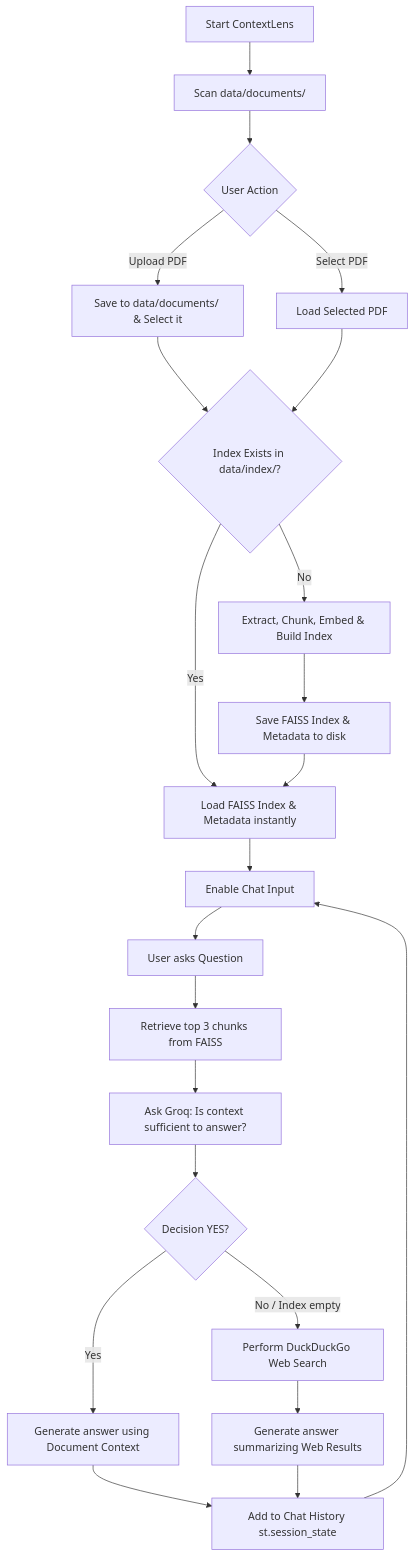
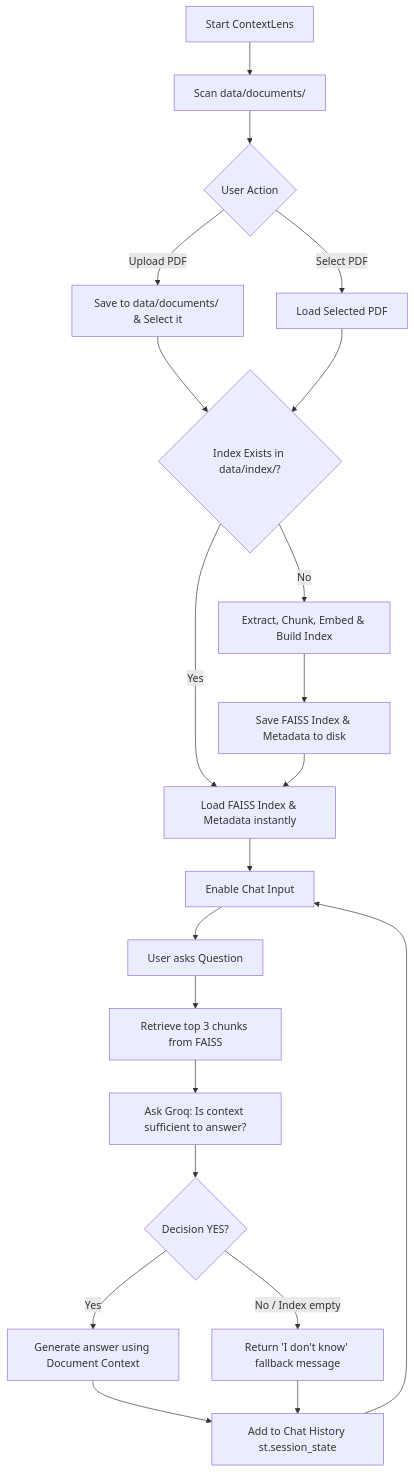
One commit to Soumalya-1/ContextLens changed the diagram in README.md. Above: the diagram before and after it, drawn with Mermaid. The commit also changed other lines of this file and 4 other files, not shown here.

Commit message:
feat: remove web search fallback

````diff
--- a/README.md
+++ b/README.md
@@ -48,24 +46,23 @@
 ```mermaid
 graph TD
     A[Start ContextLens] --> B[Scan data/documents/]
     B --> C{User Action}
     C -->|Upload PDF| D[Save to data/documents/ & Select it]
     C -->|Select PDF| E[Load Selected PDF]
     D --> F{Index Exists in data/index/?}
     E --> F
     F -->|Yes| G[Load FAISS Index & Metadata instantly]
     F -->|No| H[Extract, Chunk, Embed & Build Index]
     H --> I[Save FAISS Index & Metadata to disk]
     I --> G
     G --> J[Enable Chat Input]
     J --> K[User asks Question]
     K --> L[Retrieve top 3 chunks from FAISS]
     L --> M[Ask Groq: Is context sufficient to answer?]
     M --> N{Decision YES?}
     N -->|Yes| O[Generate answer using Document Context]
-    N -->|No / Index empty| P[Perform DuckDuckGo Web Search]
-    P --> Q[Generate answer summarizing Web Results]
+    N -->|No / Index empty| P[Return 'I don't know' fallback message]
     O --> R[Add to Chat History st.session_state]
-    Q --> R
+    P --> R
     R --> J
 ```
````
